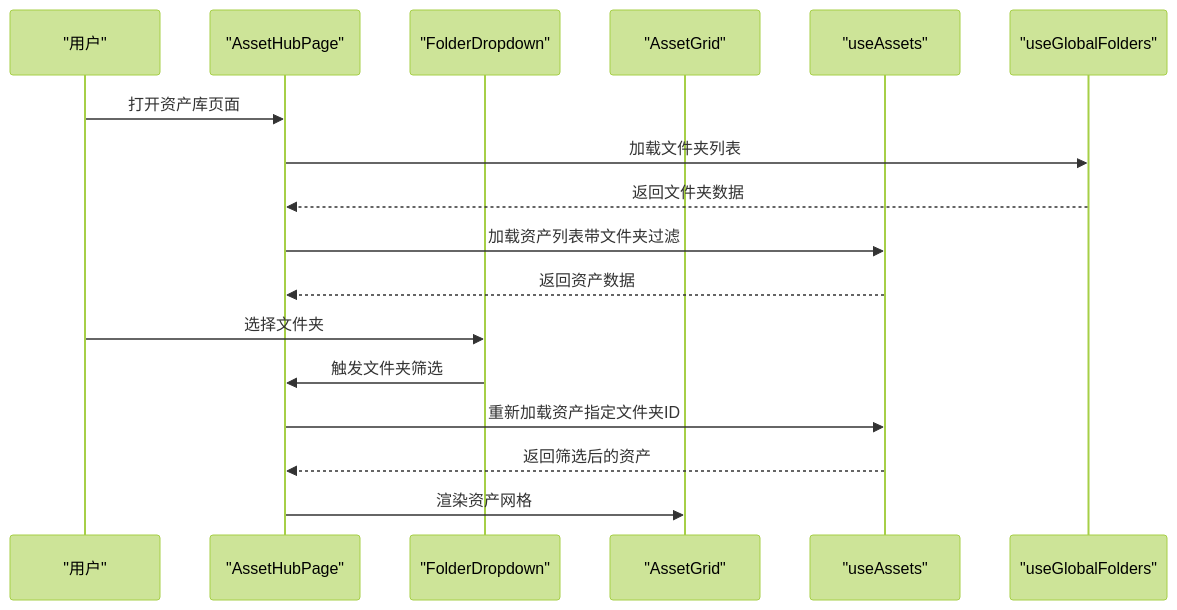
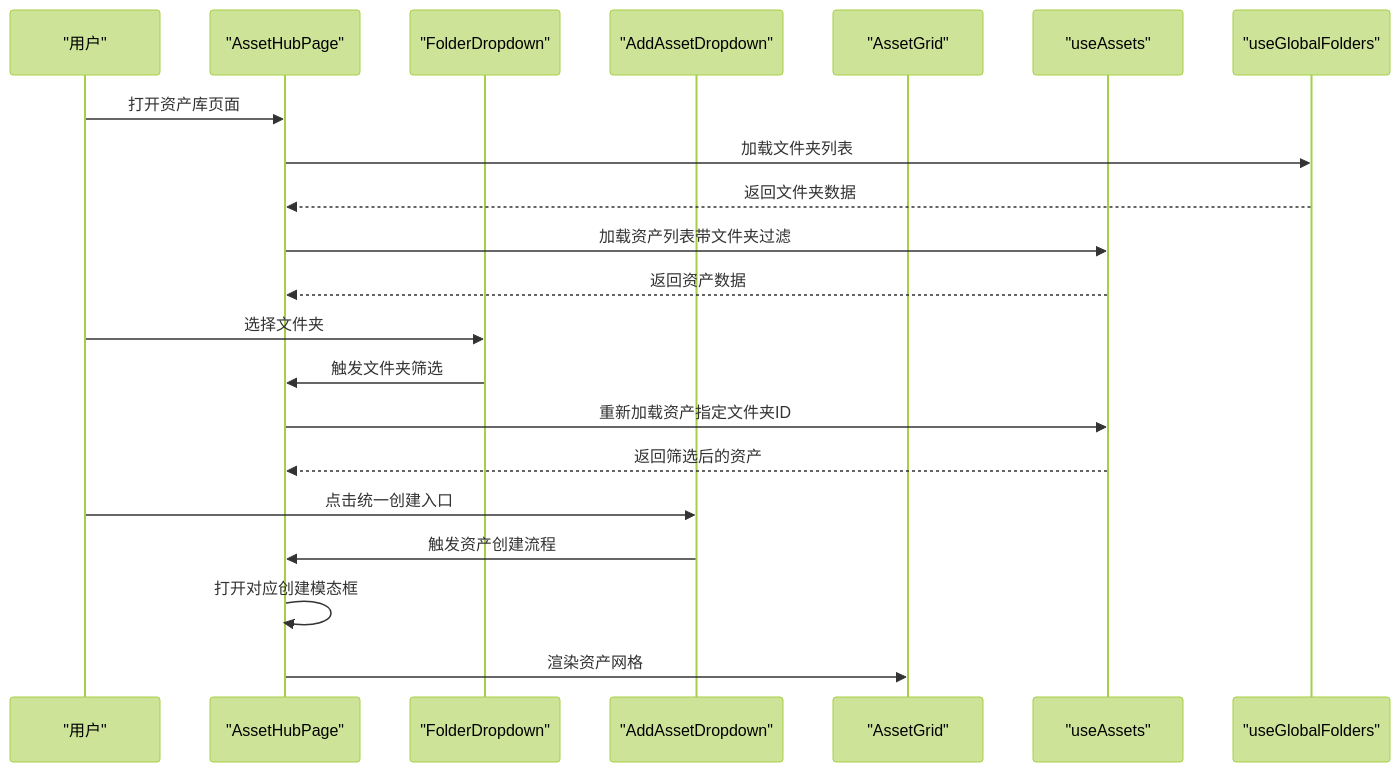
Before and after one commit to lyl2021/waoowaoo: the second of 5 diagrams in .qoder/repowiki/zh/content/前端组件架构/工作区组件/资产管理组件.md, drawn with Mermaid (forest theme). The commit also changed other lines of this file and 20 other files, not shown here.

````diff
--- a/.qoder/repowiki/zh/content/前端组件架构/工作区组件/资产管理组件.md
+++ b/.qoder/repowiki/zh/content/前端组件架构/工作区组件/资产管理组件.md
@@ -171,19 +183,23 @@
 ```mermaid
 sequenceDiagram
 participant U as "用户"
 participant AH as "AssetHubPage"
 participant FD as "FolderDropdown"
+participant AAD as "AddAssetDropdown"
 participant AG as "AssetGrid"
 participant UA as "useAssets"
 participant UGF as "useGlobalFolders"
 U->>AH : 打开资产库页面
 AH->>UGF : 加载文件夹列表
 UGF-->>AH : 返回文件夹数据
 AH->>UA : 加载资产列表带文件夹过滤
 UA-->>AH : 返回资产数据
 U->>FD : 选择文件夹
 FD->>AH : 触发文件夹筛选
 AH->>UA : 重新加载资产指定文件夹ID
 UA-->>AH : 返回筛选后的资产
+U->>AAD : 点击统一创建入口
+AAD->>AH : 触发资产创建流程
+AH->>AH : 打开对应创建模态框
 AH->>AG : 渲染资产网格
 ```
````
